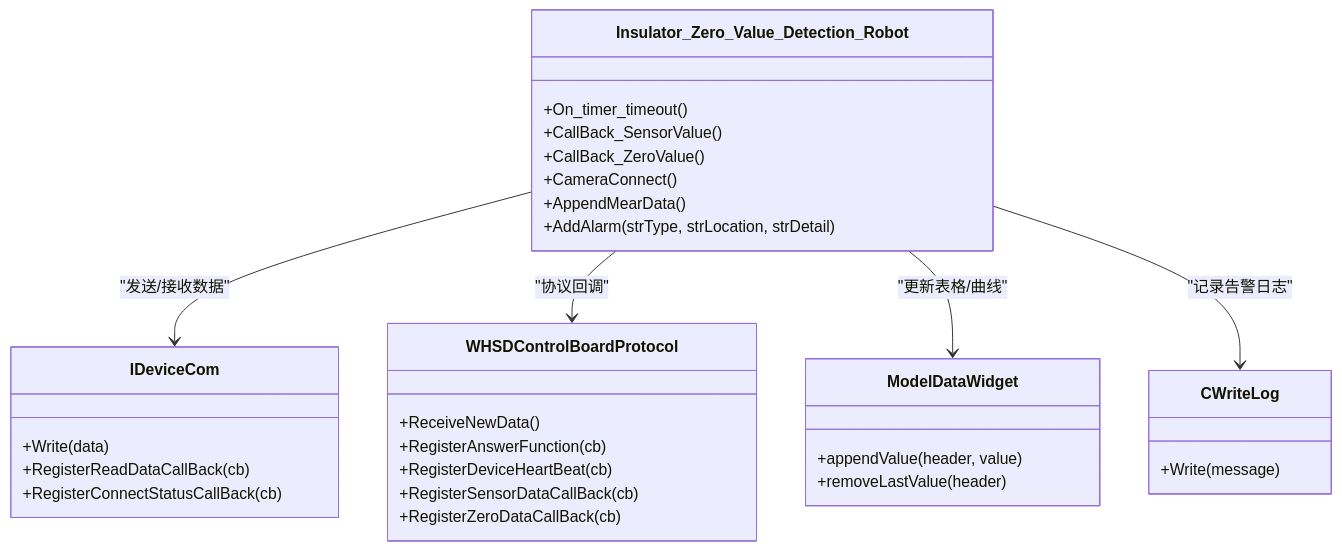
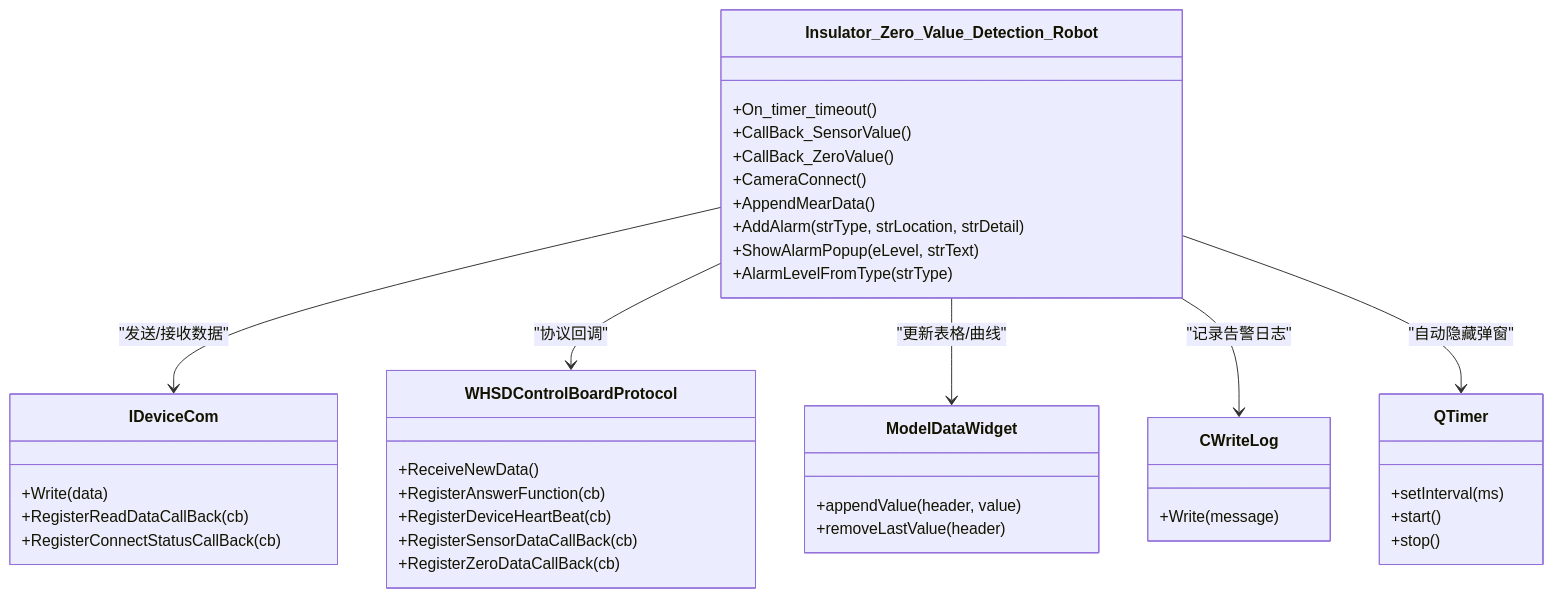
Before and after one commit to yangreest/Zero-value-Insulator-Robot-V2: the sixth of 6 diagrams in .qoder/repowiki/zh/content/用户手册/实时监控面板/实时监控面板.md, drawn with Mermaid. The commit also changed other lines of this file and 22 other files, not shown here.

````diff
--- a/.qoder/repowiki/zh/content/用户手册/实时监控面板/实时监控面板.md
+++ b/.qoder/repowiki/zh/content/用户手册/实时监控面板/实时监控面板.md
@@ -235,34 +255,42 @@
 ```mermaid
 classDiagram
 class Insulator_Zero_Value_Detection_Robot {
 +On_timer_timeout()
 +CallBack_SensorValue()
 +CallBack_ZeroValue()
 +CameraConnect()
 +AppendMearData()
 +AddAlarm(strType, strLocation, strDetail)
++ShowAlarmPopup(eLevel, strText)
++AlarmLevelFromType(strType)
 }
 class IDeviceCom {
 +Write(data)
 +RegisterReadDataCallBack(cb)
 +RegisterConnectStatusCallBack(cb)
 }
 class WHSDControlBoardProtocol {
 +ReceiveNewData()
 +RegisterAnswerFunction(cb)
 +RegisterDeviceHeartBeat(cb)
 +RegisterSensorDataCallBack(cb)
 +RegisterZeroDataCallBack(cb)
 }
 class ModelDataWidget {
 +appendValue(header, value)
 +removeLastValue(header)
 }
 class CWriteLog {
 +Write(message)
 }
+class QTimer {
++setInterval(ms)
++start()
++stop()
+}
 Insulator_Zero_Value_Detection_Robot --> IDeviceCom : "发送/接收数据"
 Insulator_Zero_Value_Detection_Robot --> WHSDControlBoardProtocol : "协议回调"
 Insulator_Zero_Value_Detection_Robot --> ModelDataWidget : "更新表格/曲线"
 Insulator_Zero_Value_Detection_Robot --> CWriteLog : "记录告警日志"
+Insulator_Zero_Value_Detection_Robot --> QTimer : "自动隐藏弹窗"
 ```
````
